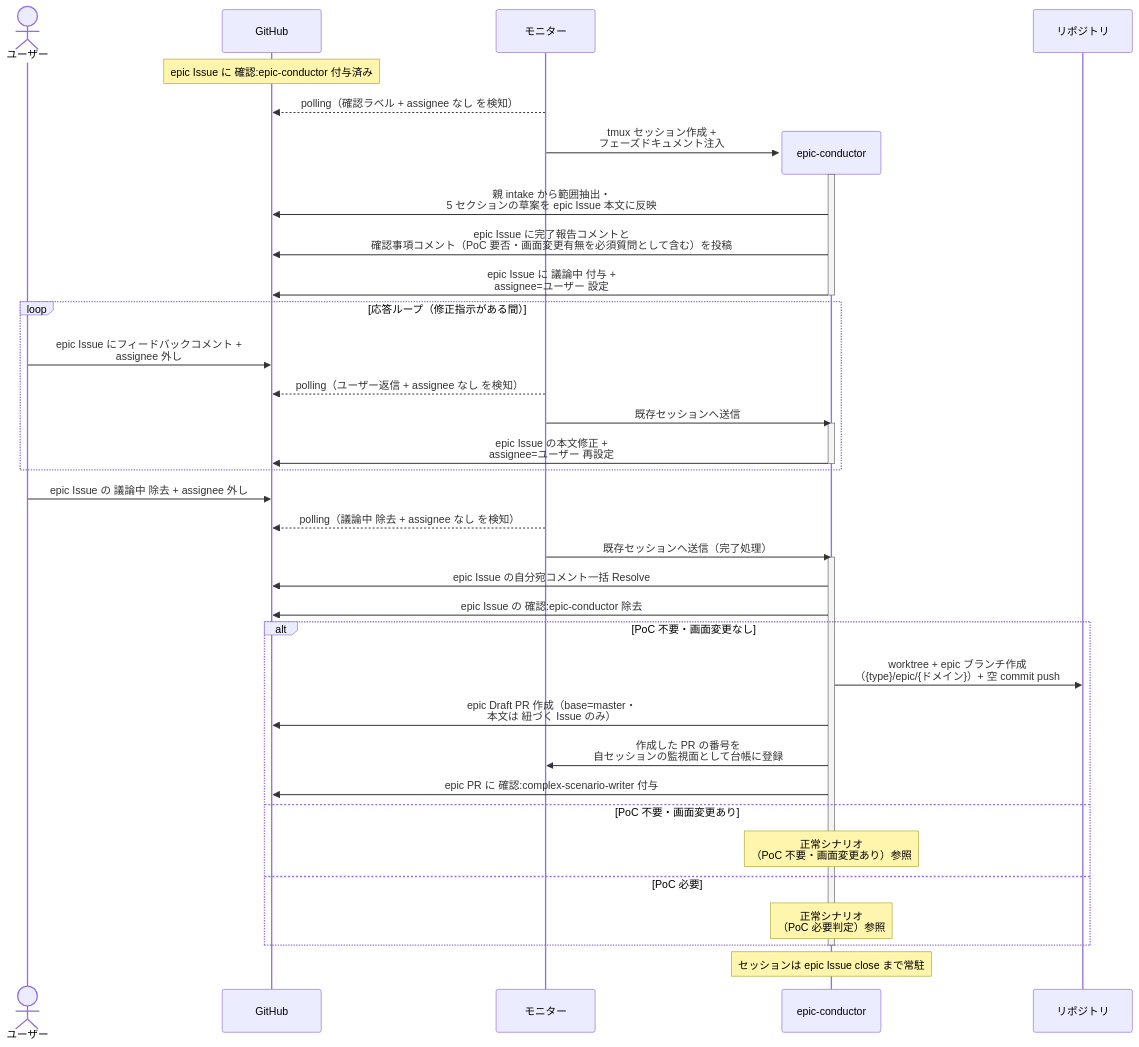
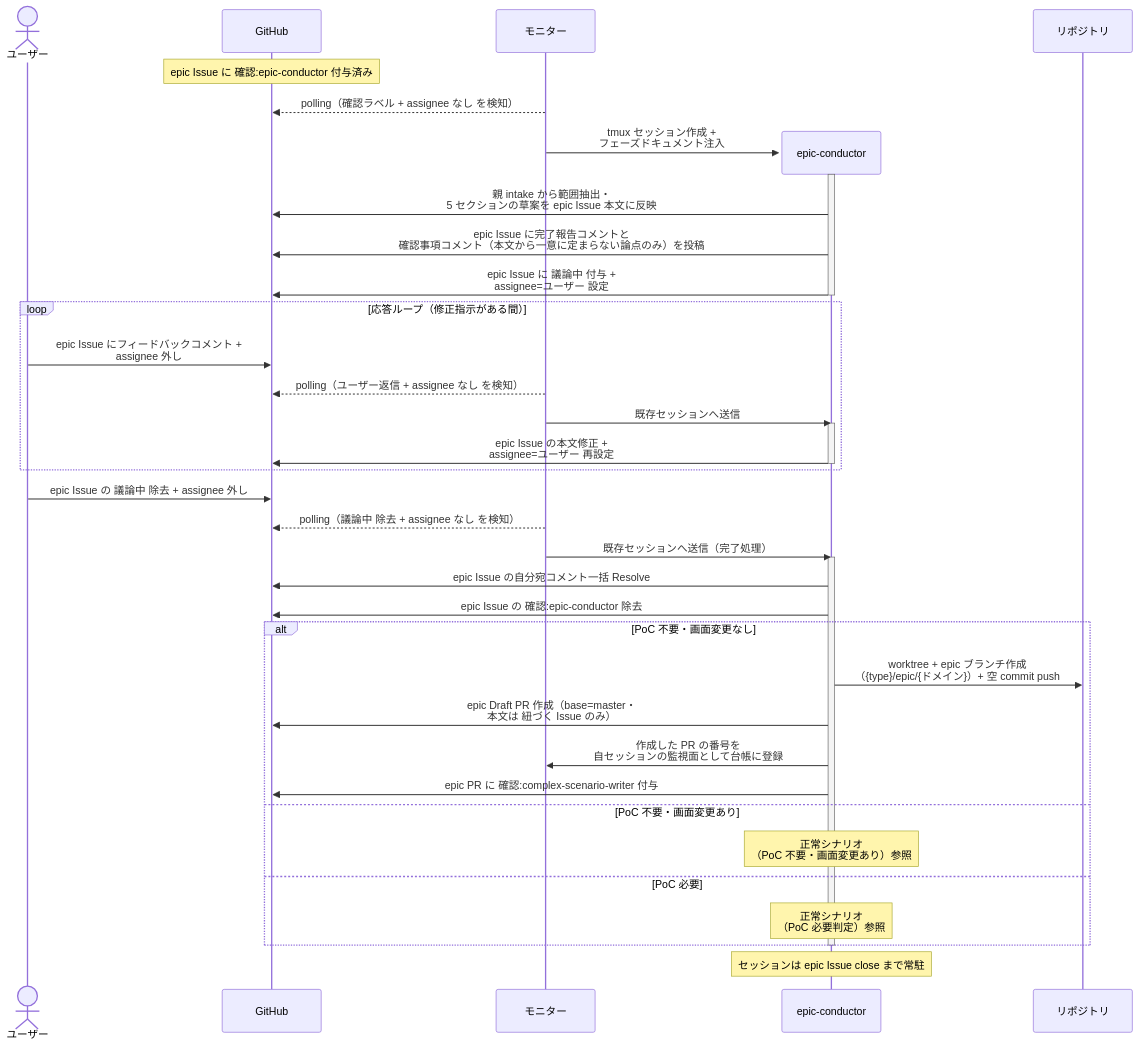
Before and after one commit to shuhei1101/ai-monitor: the first of 5 diagrams in docs/wiki/設計図/シナリオ/単一ユースケース/epic要件確定.md, drawn with Mermaid. The commit also changed other lines of this file and 13 other files, not shown here.

````diff
--- a/docs/wiki/設計図/シナリオ/単一ユースケース/epic要件確定.md
+++ b/docs/wiki/設計図/シナリオ/単一ユースケース/epic要件確定.md
@@ -27,45 +27,45 @@
 ```mermaid
 sequenceDiagram
   actor U as ユーザー
   participant GH as GitHub
   participant ORC as モニター
 
   Note over GH: epic Issue に 確認:epic-conductor 付与済み
   ORC-->>GH: polling（確認ラベル + assignee なし を検知）
   create participant MON as epic-conductor
   ORC->>MON: tmux セッション作成 +<br>フェーズドキュメント注入
   participant REPO as リポジトリ
   activate MON
   MON->>GH: 親 intake から範囲抽出・<br>5 セクションの草案を epic Issue 本文に反映
-  MON->>GH: epic Issue に完了報告コメントと<br>確認事項コメント（PoC 要否・画面変更有無を必須質問として含む）を投稿
+  MON->>GH: epic Issue に完了報告コメントと<br>確認事項コメント（本文から一意に定まらない論点のみ）を投稿
   MON->>GH: epic Issue に 議論中 付与 +<br>assignee=ユーザー 設定
   deactivate MON
 
   loop 応答ループ（修正指示がある間）
     U->>GH: epic Issue にフィードバックコメント +<br>assignee 外し
     ORC-->>GH: polling（ユーザー返信 + assignee なし を検知）
     ORC->>MON: 既存セッションへ送信
     activate MON
     MON->>GH: epic Issue の本文修正 +<br>assignee=ユーザー 再設定
     deactivate MON
   end
 
   U->>GH: epic Issue の 議論中 除去 + assignee 外し
   ORC-->>GH: polling（議論中 除去 + assignee なし を検知）
   ORC->>MON: 既存セッションへ送信（完了処理）
   activate MON
   MON->>GH: epic Issue の自分宛コメント一括 Resolve
   MON->>GH: epic Issue の 確認:epic-conductor 除去
   alt PoC 不要・画面変更なし
     MON->>REPO: worktree + epic ブランチ作成<br>（{type}/epic/{ドメイン}）+ 空 commit push
     MON->>GH: epic Draft PR 作成（base=master・<br>本文は 紐づく Issue のみ）
     MON->>ORC: 作成した PR の番号を<br>自セッションの監視面として台帳に登録
     MON->>GH: epic PR に 確認:complex-scenario-writer 付与
   else PoC 不要・画面変更あり
     Note over MON: 正常シナリオ<br>（PoC 不要・画面変更あり）参照
   else PoC 必要
     Note over MON: 正常シナリオ<br>（PoC 必要判定）参照
   end
   deactivate MON
   Note over MON: セッションは epic Issue close まで常駐
 ```
````
